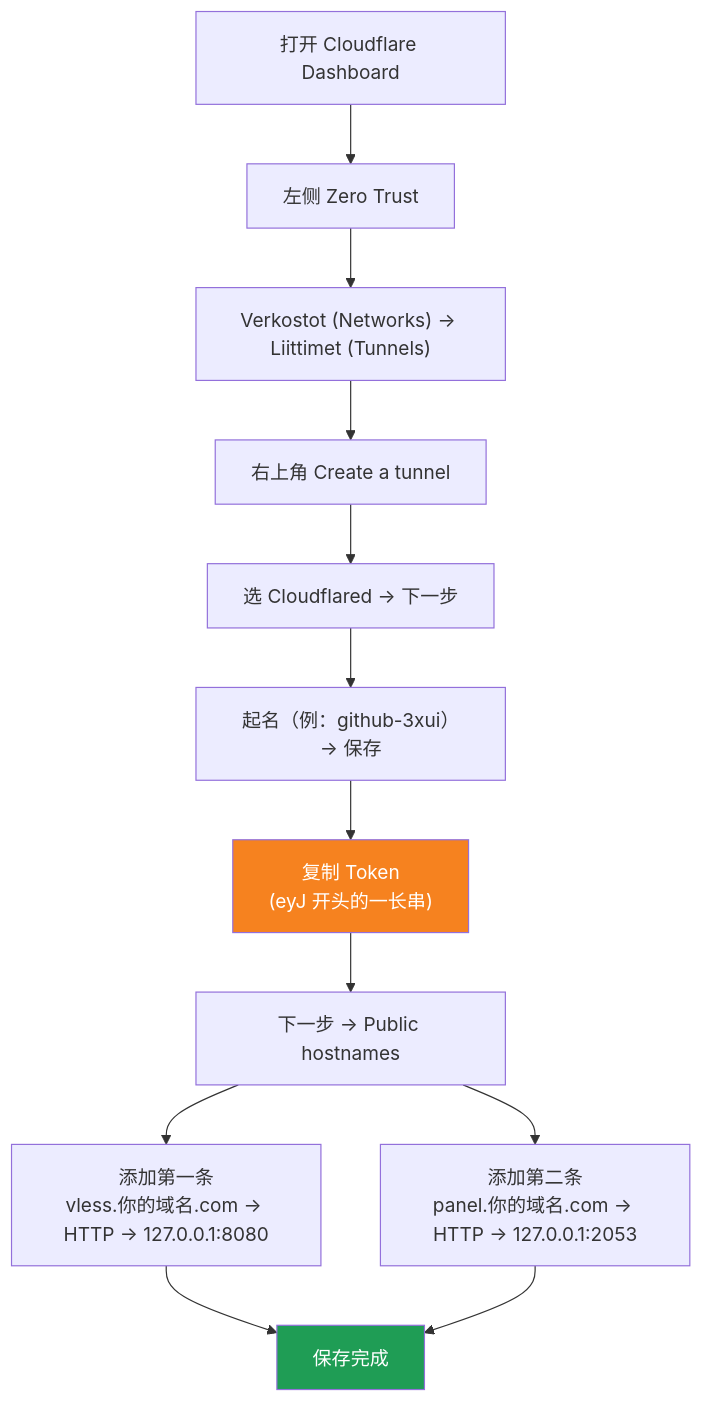
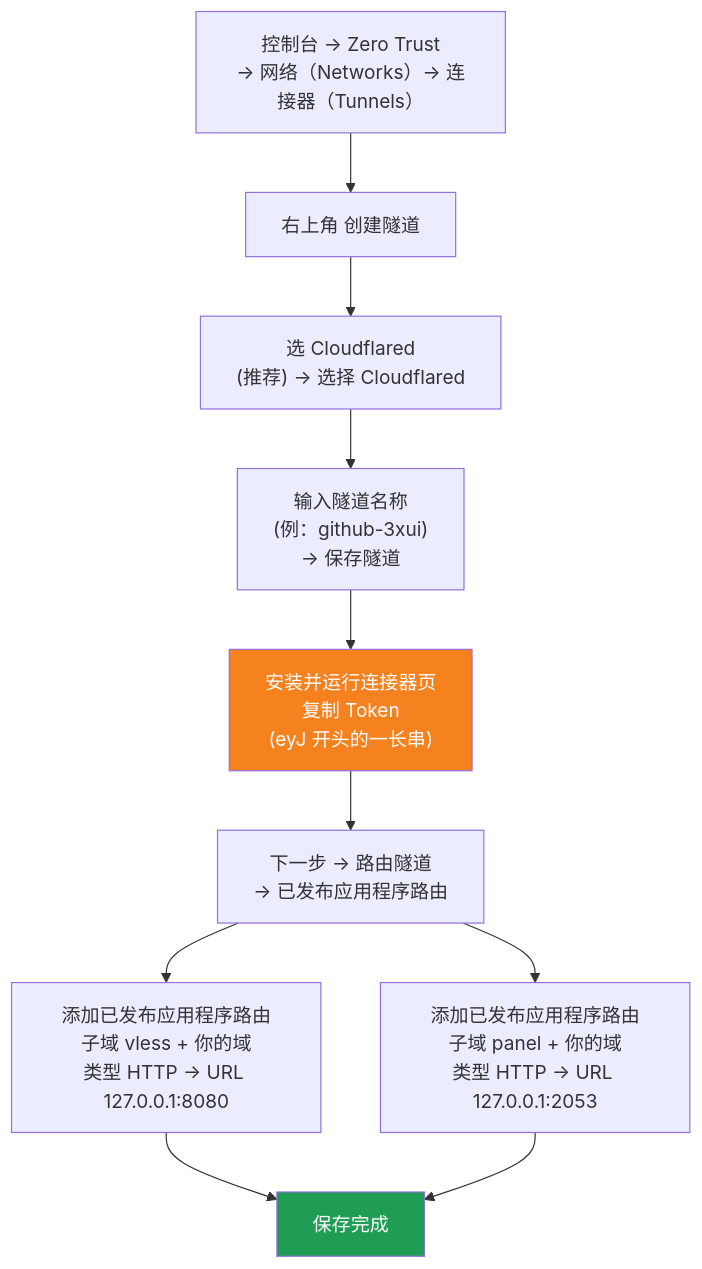
Before and after one commit to 1246437945/cloud-3xui: the third of 3 diagrams in README.fi.md, drawn with Mermaid. The commit also changed other lines of this file, not shown here.

````diff
--- a/README.fi.md
+++ b/README.fi.md
@@ -72,17 +72,15 @@
 ```mermaid
 flowchart TD
-    A["打开 Cloudflare Dashboard"] --> B["左侧 Zero Trust"]
-    B --> C["Verkostot (Networks) → Liittimet (Tunnels)"]
-    C --> D["右上角 Create a tunnel"]
-    D --> E["选 Cloudflared → 下一步"]
-    E --> F["起名（例：github-3xui）→ 保存"]
-    F --> G["复制 Token<br/>(eyJ 开头的一长串)"]
-    G --> H["下一步 → Public hostnames"]
-    H --> I["添加第一条<br/>vless.你的域名.com → HTTP → 127.0.0.1:8080"]
-    H --> J["添加第二条<br/>panel.你的域名.com → HTTP → 127.0.0.1:2053"]
-    I --> K["保存完成"]
-    J --> K
+    A["控制台 → Zero Trust<br/>→ 网络（Networks）→ 连接器（Tunnels）"] --> B["右上角 创建隧道"]
+    B --> C["选 Cloudflared<br/>(推荐) → 选择 Cloudflared"]
+    C --> D["输入隧道名称<br/>(例：github-3xui)<br/>→ 保存隧道"]
+    D --> E["安装并运行连接器页<br/>复制 Token<br/>(eyJ 开头的一长串)"]
+    E --> F["下一步 → 路由隧道<br/>→ 已发布应用程序路由"]
+    F --> G["添加已发布应用程序路由<br/>子域 vless + 你的域<br/>类型 HTTP → URL 127.0.0.1:8080"]
+    F --> H["添加已发布应用程序路由<br/>子域 panel + 你的域<br/>类型 HTTP → URL 127.0.0.1:2053"]
+    G --> I["保存完成"]
+    H --> I
 
-    style G fill:#f6821f,color:#fff
-    style K fill:#1f9d55,color:#fff
+    style E fill:#f6821f,color:#fff
+    style I fill:#1f9d55,color:#fff
 ```
````
